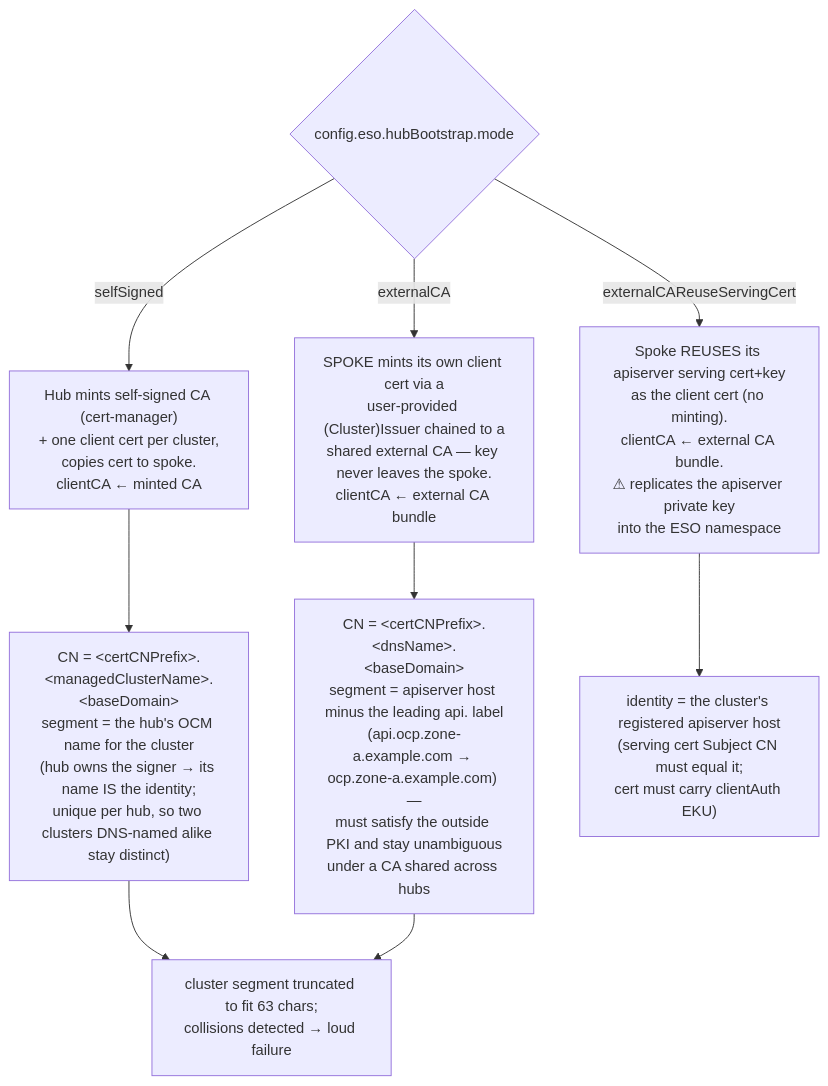
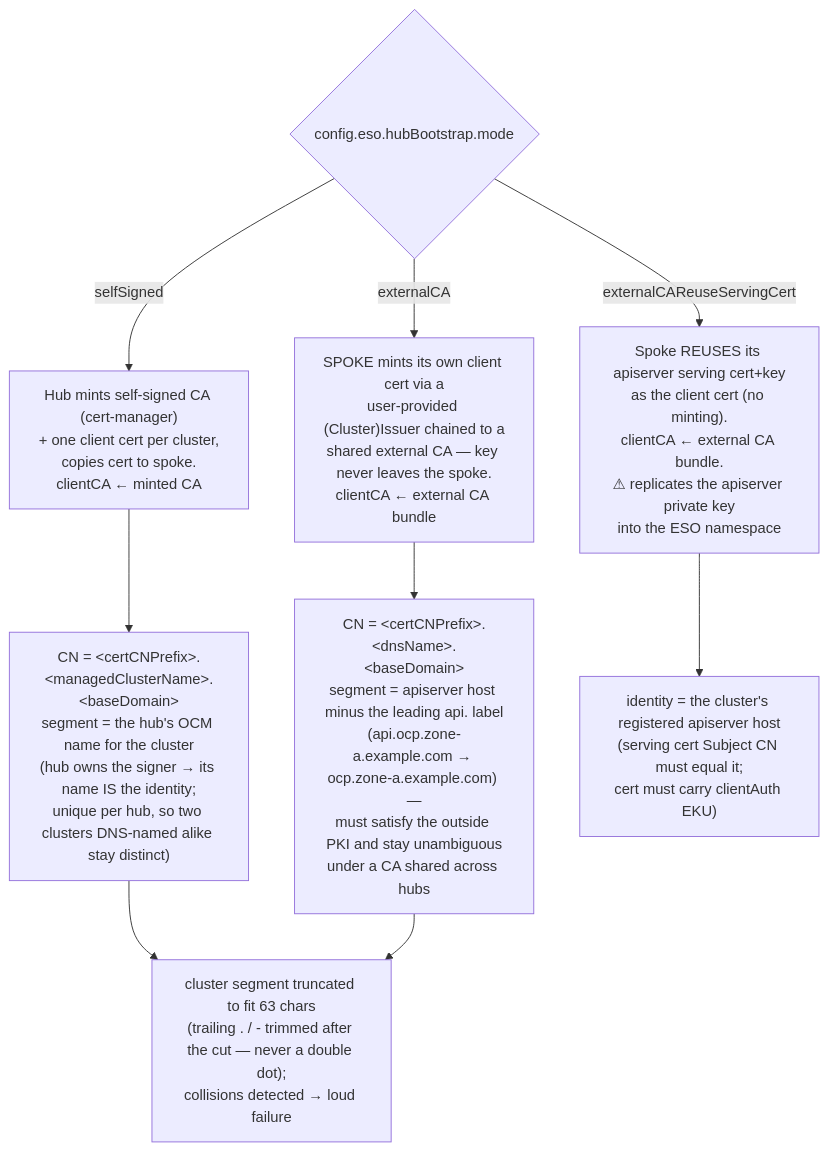
One commit to auto-shift/autoshiftv2 changed the third of 6 diagrams in policies/stable/external-secrets-operator/mechanics.md. Above: the diagram before and after it, drawn with Mermaid. The commit also changed 3 other files, not shown here.

````diff
--- a/policies/stable/external-secrets-operator/mechanics.md
+++ b/policies/stable/external-secrets-operator/mechanics.md
@@ -172,12 +172,12 @@
 ```mermaid
 flowchart TB
   M{"config.eso.hubBootstrap.mode"}
   M -->|selfSigned| S["Hub mints self-signed CA (cert-manager)<br/>+ one client cert per cluster,<br/>copies cert to spoke.<br/>clientCA ← minted CA"]
   M -->|externalCA| E["SPOKE mints its own client cert via a<br/>user-provided (Cluster)Issuer chained to a<br/>shared external CA — key never leaves the spoke.<br/>clientCA ← external CA bundle"]
   M -->|externalCAReuseServingCert| R["Spoke REUSES its apiserver serving cert+key<br/>as the client cert (no minting).<br/>clientCA ← external CA bundle.<br/>⚠ replicates the apiserver private key<br/>into the ESO namespace"]
   S --> CNS["CN = &lt;certCNPrefix&gt;.&lt;managedClusterName&gt;.&lt;baseDomain&gt;<br/>segment = the hub's OCM name for the cluster<br/>(hub owns the signer → its name IS the identity;<br/>unique per hub, so two clusters DNS-named alike stay distinct)"]
   E --> CNE["CN = &lt;certCNPrefix&gt;.&lt;dnsName&gt;.&lt;baseDomain&gt;<br/>segment = apiserver host minus the leading api. label<br/>(api.ocp.zone-a.example.com → ocp.zone-a.example.com) —<br/>must satisfy the outside PKI and stay unambiguous<br/>under a CA shared across hubs"]
-  CNS --> TR["cluster segment truncated to fit 63 chars;<br/>collisions detected → loud failure"]
+  CNS --> TR["cluster segment truncated to fit 63 chars<br/>(trailing . / - trimmed after the cut — never a double dot);<br/>collisions detected → loud failure"]
   CNE --> TR
   R --> ID["identity = the cluster's registered apiserver host<br/>(serving cert Subject CN must equal it;<br/>cert must carry clientAuth EKU)"]
 ```
````
